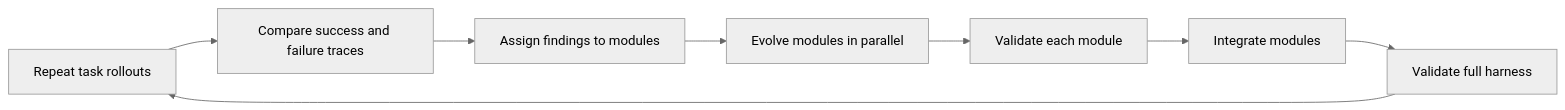
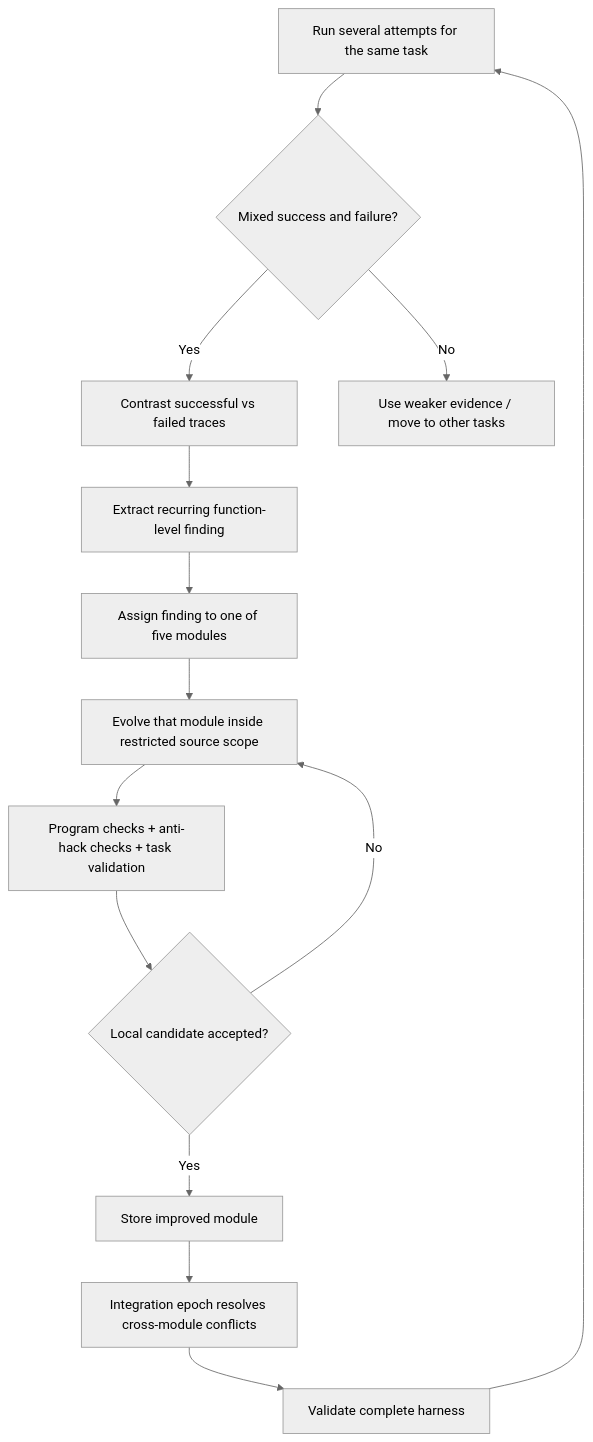
The diagram in _analyses/2609.14857.md (ShadowKingYT444/harness-papers-daily), drawn with Mermaid (neutral theme) before and after one commit. The commit also changed other lines of this file and 37 other files, not shown here.

````diff
--- a/_analyses/2609.14857.md
+++ b/_analyses/2609.14857.md
@@ -21,10 +49,16 @@
-```mermaid
-flowchart LR
-    A[Repeat task rollouts] --> B[Compare success and failure traces]
-    B --> C[Assign findings to modules]
-    C --> D[Evolve modules in parallel]
-    D --> E[Validate each module]
-    E --> F[Integrate modules]
-    F --> G[Validate full harness]
-    G --> A
-```
+~~~mermaid
+flowchart TD
+    A["Run several attempts for the same task"] --> B{"Mixed success and failure?"}
+    B -- "Yes" --> C["Contrast successful vs failed traces"]
+    B -- "No" --> D["Use weaker evidence / move to other tasks"]
+    C --> E["Extract recurring function-level finding"]
+    E --> F["Assign finding to one of five modules"]
+    F --> G["Evolve that module inside restricted source scope"]
+    G --> H["Program checks + anti-hack checks + task validation"]
+    H --> I{"Local candidate accepted?"}
+    I -- "No" --> G
+    I -- "Yes" --> J["Store improved module"]
+    J --> K["Integration epoch resolves cross-module conflicts"]
+    K --> L["Validate complete harness"]
+    L --> A
+~~~
````
